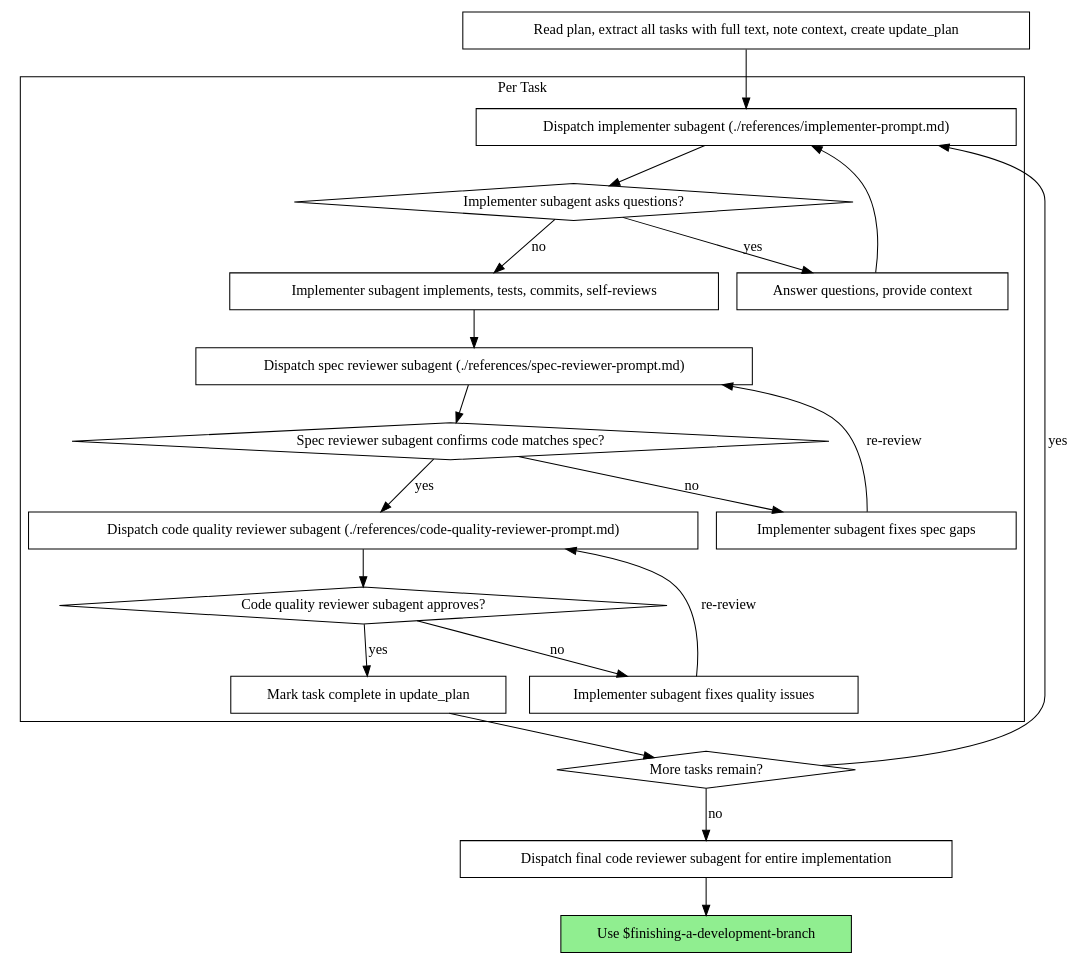
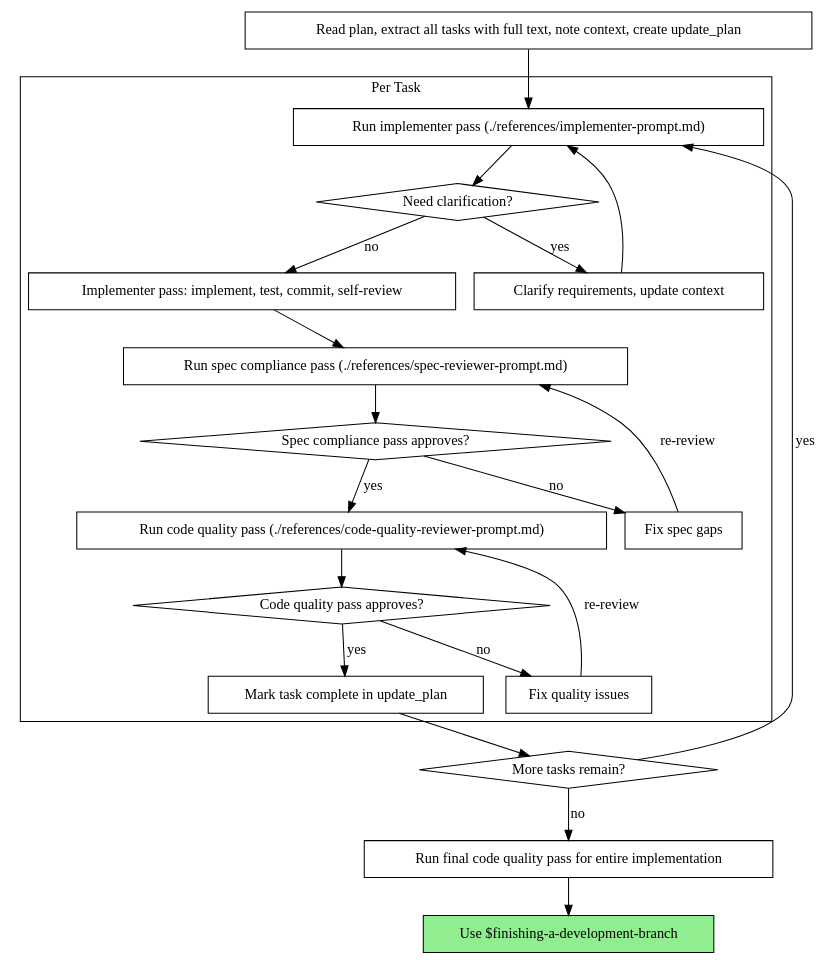
The second of 2 diagrams in skills/subagent-driven-development/SKILL.md (markelz0r/superpowers-codex), drawn with Graphviz before and after one commit. The commit also changed other lines of this file and 3 other files, not shown here.

````diff
--- a/skills/subagent-driven-development/SKILL.md
+++ b/skills/subagent-driven-development/SKILL.md
@@ -42,44 +42,44 @@
 ```dot
 digraph process {
     rankdir=TB;
 
     subgraph cluster_per_task {
         label="Per Task";
-        "Dispatch implementer subagent (./references/implementer-prompt.md)" [shape=box];
-        "Implementer subagent asks questions?" [shape=diamond];
-        "Answer questions, provide context" [shape=box];
-        "Implementer subagent implements, tests, commits, self-reviews" [shape=box];
-        "Dispatch spec reviewer subagent (./references/spec-reviewer-prompt.md)" [shape=box];
-        "Spec reviewer subagent confirms code matches spec?" [shape=diamond];
-        "Implementer subagent fixes spec gaps" [shape=box];
-        "Dispatch code quality reviewer subagent (./references/code-quality-reviewer-prompt.md)" [shape=box];
-        "Code quality reviewer subagent approves?" [shape=diamond];
-        "Implementer subagent fixes quality issues" [shape=box];
+        "Run implementer pass (./references/implementer-prompt.md)" [shape=box];
+        "Need clarification?" [shape=diamond];
+        "Clarify requirements, update context" [shape=box];
+        "Implementer pass: implement, test, commit, self-review" [shape=box];
+        "Run spec compliance pass (./references/spec-reviewer-prompt.md)" [shape=box];
+        "Spec compliance pass approves?" [shape=diamond];
+        "Fix spec gaps" [shape=box];
+        "Run code quality pass (./references/code-quality-reviewer-prompt.md)" [shape=box];
+        "Code quality pass approves?" [shape=diamond];
+        "Fix quality issues" [shape=box];
         "Mark task complete in update_plan" [shape=box];
     }
 
     "Read plan, extract all tasks with full text, note context, create update_plan" [shape=box];
     "More tasks remain?" [shape=diamond];
-    "Dispatch final code reviewer subagent for entire implementation" [shape=box];
+    "Run final code quality pass for entire implementation" [shape=box];
     "Use $finishing-a-development-branch" [shape=box style=filled fillcolor=lightgreen];
 
-    "Read plan, extract all tasks with full text, note context, create update_plan" -> "Dispatch implementer subagent (./references/implementer-prompt.md)";
-    "Dispatch implementer subagent (./references/implementer-prompt.md)" -> "Implementer subagent asks questions?";
-    "Implementer subagent asks questions?" -> "Answer questions, provide context" [label="yes"];
-    "Answer questions, provide context" -> "Dispatch implementer subagent (./references/implementer-prompt.md)";
-    "Implementer subagent asks questions?" -> "Implementer subagent implements, tests, commits, self-reviews" [label="no"];
-    "Implementer subagent implements, tests, commits, self-reviews" -> "Dispatch spec reviewer subagent (./references/spec-reviewer-prompt.md)";
-    "Dispatch spec reviewer subagent (./references/spec-reviewer-prompt.md)" -> "Spec reviewer subagent confirms code matches spec?";
-    "Spec reviewer subagent confirms code matches spec?" -> "Implementer subagent fixes spec gaps" [label="no"];
-    "Implementer subagent fixes spec gaps" -> "Dispatch spec reviewer subagent (./references/spec-reviewer-prompt.md)" [label="re-review"];
-    "Spec reviewer subagent confirms code matches spec?" -> "Dispatch code quality reviewer subagent (./references/code-quality-reviewer-prompt.md)" [label="yes"];
-    "Dispatch code quality reviewer subagent (./references/code-quality-reviewer-prompt.md)" -> "Code quality reviewer subagent approves?";
-    "Code quality reviewer subagent approves?" -> "Implementer subagent fixes quality issues" [label="no"];
-    "Implementer subagent fixes quality issues" -> "Dispatch code quality reviewer subagent (./references/code-quality-reviewer-prompt.md)" [label="re-review"];
-    "Code quality reviewer subagent approves?" -> "Mark task complete in update_plan" [label="yes"];
+    "Read plan, extract all tasks with full text, note context, create update_plan" -> "Run implementer pass (./references/implementer-prompt.md)";
+    "Run implementer pass (./references/implementer-prompt.md)" -> "Need clarification?";
+    "Need clarification?" -> "Clarify requirements, update context" [label="yes"];
+    "Clarify requirements, update context" -> "Run implementer pass (./references/implementer-prompt.md)";
+    "Need clarification?" -> "Implementer pass: implement, test, commit, self-review" [label="no"];
+    "Implementer pass: implement, test, commit, self-review" -> "Run spec compliance pass (./references/spec-reviewer-prompt.md)";
+    "Run spec compliance pass (./references/spec-reviewer-prompt.md)" -> "Spec compliance pass approves?";
+    "Spec compliance pass approves?" -> "Fix spec gaps" [label="no"];
+    "Fix spec gaps" -> "Run spec compliance pass (./references/spec-reviewer-prompt.md)" [label="re-review"];
+    "Spec compliance pass approves?" -> "Run code quality pass (./references/code-quality-reviewer-prompt.md)" [label="yes"];
+    "Run code quality pass (./references/code-quality-reviewer-prompt.md)" -> "Code quality pass approves?";
+    "Code quality pass approves?" -> "Fix quality issues" [label="no"];
+    "Fix quality issues" -> "Run code quality pass (./references/code-quality-reviewer-prompt.md)" [label="re-review"];
+    "Code quality pass approves?" -> "Mark task complete in update_plan" [label="yes"];
     "Mark task complete in update_plan" -> "More tasks remain?";
-    "More tasks remain?" -> "Dispatch implementer subagent (./references/implementer-prompt.md)" [label="yes"];
-    "More tasks remain?" -> "Dispatch final code reviewer subagent for entire implementation" [label="no"];
-    "Dispatch final code reviewer subagent for entire implementation" -> "Use $finishing-a-development-branch";
+    "More tasks remain?" -> "Run implementer pass (./references/implementer-prompt.md)" [label="yes"];
+    "More tasks remain?" -> "Run final code quality pass for entire implementation" [label="no"];
+    "Run final code quality pass for entire implementation" -> "Use $finishing-a-development-branch";
 }
 ```
````
